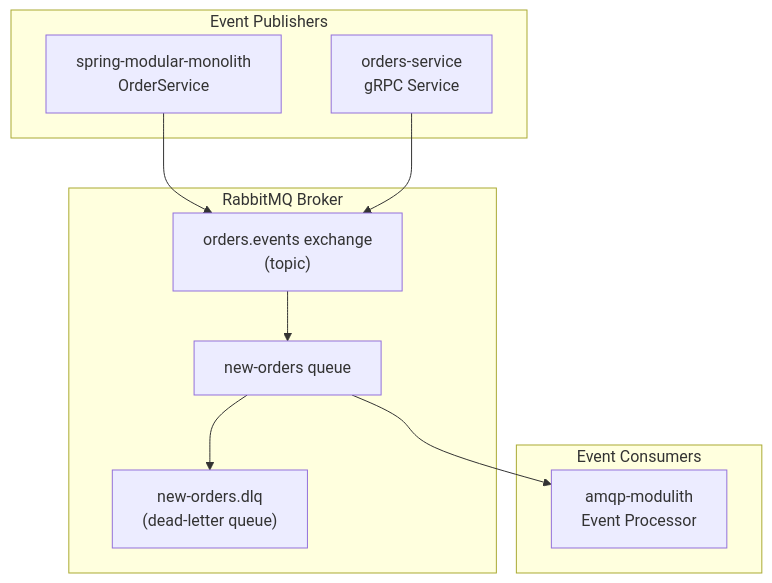
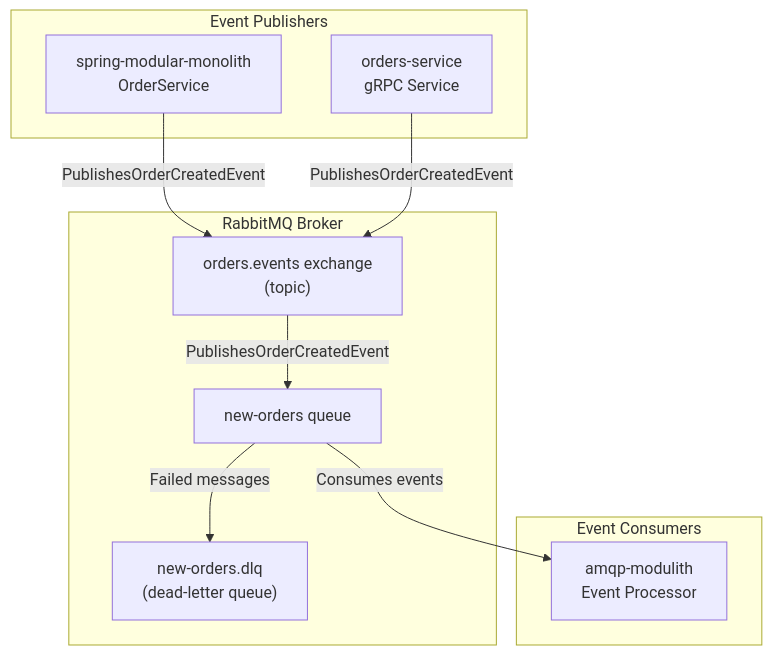
Before and after one commit to philipz/spring-modular-monolith: the first of 4 diagrams in docs/deepwiki/Messaging-with-RabbitMQ.md, drawn with Mermaid. The commit also changed other lines of this file and 55 other files, not shown here.

````diff
--- a/docs/deepwiki/Messaging-with-RabbitMQ.md
+++ b/docs/deepwiki/Messaging-with-RabbitMQ.md
@@ -40,31 +40,31 @@
 ```mermaid
 flowchart TD
 
 Monolith["spring-modular-monolith<br>OrderService"]
 OrdersSvc["orders-service<br>gRPC Service"]
 Exchange["orders.events exchange<br>(topic)"]
 Queue["new-orders queue"]
 DLQ["new-orders.dlq<br>(dead-letter queue)"]
 AMQPMod["amqp-modulith<br>Event Processor"]
 
-Monolith --> Exchange
-OrdersSvc --> Exchange
-Queue --> AMQPMod
+Monolith -->|"PublishesOrderCreatedEvent"| Exchange
+OrdersSvc -->|"PublishesOrderCreatedEvent"| Exchange
+Queue -->|"Consumes events"| AMQPMod
 
 subgraph subGraph2 ["Event Consumers"]
     AMQPMod
 end
 
 subgraph subGraph1 ["RabbitMQ Broker"]
     Exchange
     Queue
     DLQ
-    Exchange --> Queue
-    Queue --> DLQ
+    Exchange -->|"PublishesOrderCreatedEvent"| Queue
+    Queue -->|"Failed messages"| DLQ
 end
 
 subgraph subGraph0 ["Event Publishers"]
     Monolith
     OrdersSvc
 end
 ```
````
